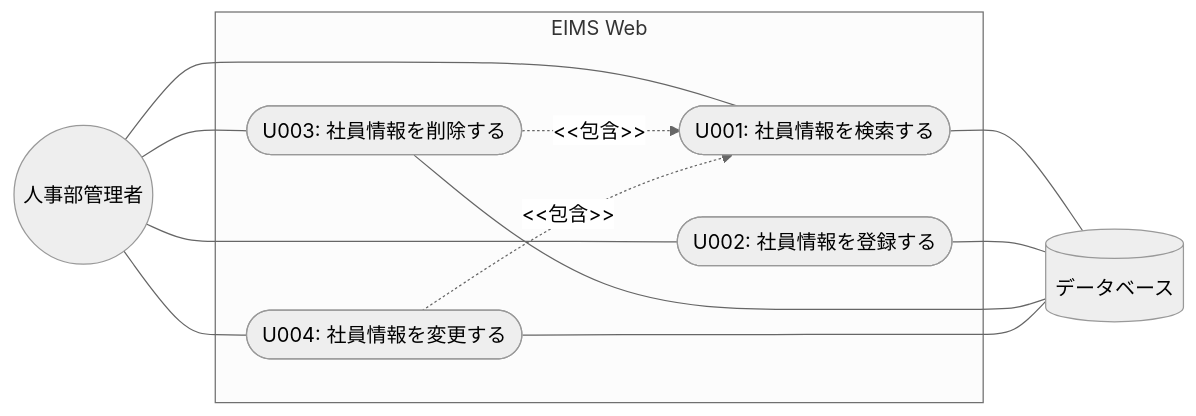
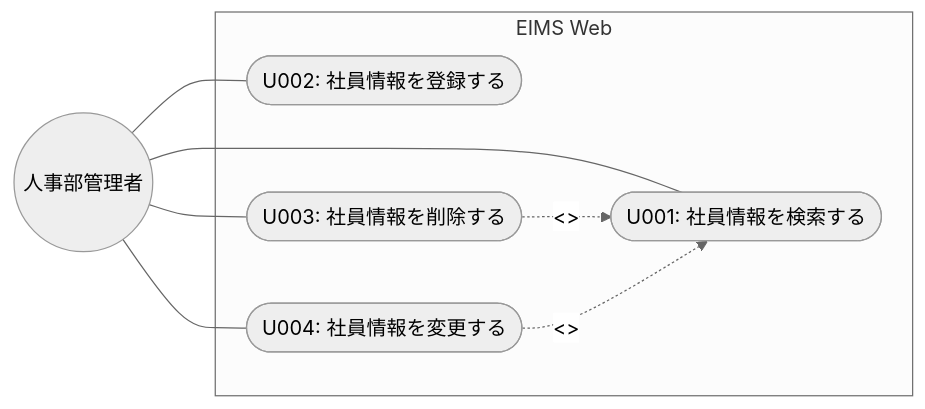
One commit to juyeongjung1/NewEIMS changed the first of 4 diagrams in EIMS_Comprehensive_Exercise_Guide.md. Above: the diagram before and after it, drawn with Mermaid (neutral theme). The commit also changed other lines of this file and 1 other file, not shown here.

Commit message:
ユースケース図を改善（DB除去、UML標準準拠、include関係の補足説明追加）

````diff
--- a/EIMS_Comprehensive_Exercise_Guide.md
+++ b/EIMS_Comprehensive_Exercise_Guide.md
@@ -338,26 +341,19 @@
 ```mermaid
 flowchart LR
     管理者((人事部管理者))
     
-    subgraph システム境界 [EIMS Web]
+    subgraph EIMS Web
         UC1([U001: 社員情報を検索する])
         UC2([U002: 社員情報を登録する])
         UC3([U003: 社員情報を削除する])
         UC4([U004: 社員情報を変更する])
     end
     
-    DB[(データベース)]
-    
     管理者 --- UC1
     管理者 --- UC2
     管理者 --- UC3
     管理者 --- UC4
     
-    UC1 --- DB
-    UC2 --- DB
-    UC3 --- DB
-    UC4 --- DB
-    
-    UC3 -.->|<<包含>>| UC1
-    UC4 -.->|<<包含>>| UC1
+    UC3 -.->|<<include>>| UC1
+    UC4 -.->|<<include>>| UC1
 ```
````
